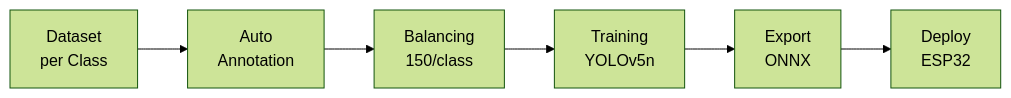
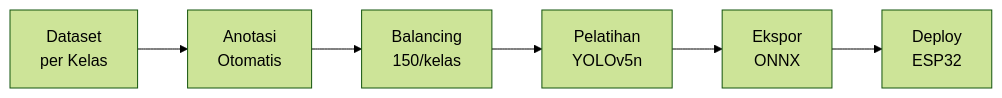
One commit to eLsann/model-esp32 changed the first of 4 diagrams in README.md. Above: the diagram before and after it, drawn with Mermaid (forest theme). The commit also changed other lines of this file, not shown here.

````diff
--- a/README.md
+++ b/README.md
@@ -45,8 +45,8 @@
 ```mermaid
 flowchart LR
-    A["Dataset<br/>per Class"] --> B["Auto<br/>Annotation"]
-    B --> C["Balancing<br/>150/class"]
-    C --> D["Training<br/>YOLOv5n"]
-    D --> E["Export<br/>ONNX"]
+    A["Dataset<br/>per Kelas"] --> B["Anotasi<br/>Otomatis"]
+    B --> C["Balancing<br/>150/kelas"]
+    C --> D["Pelatihan<br/>YOLOv5n"]
+    D --> E["Ekspor<br/>ONNX"]
     E --> F["Deploy<br/>ESP32"]
 ```
````
